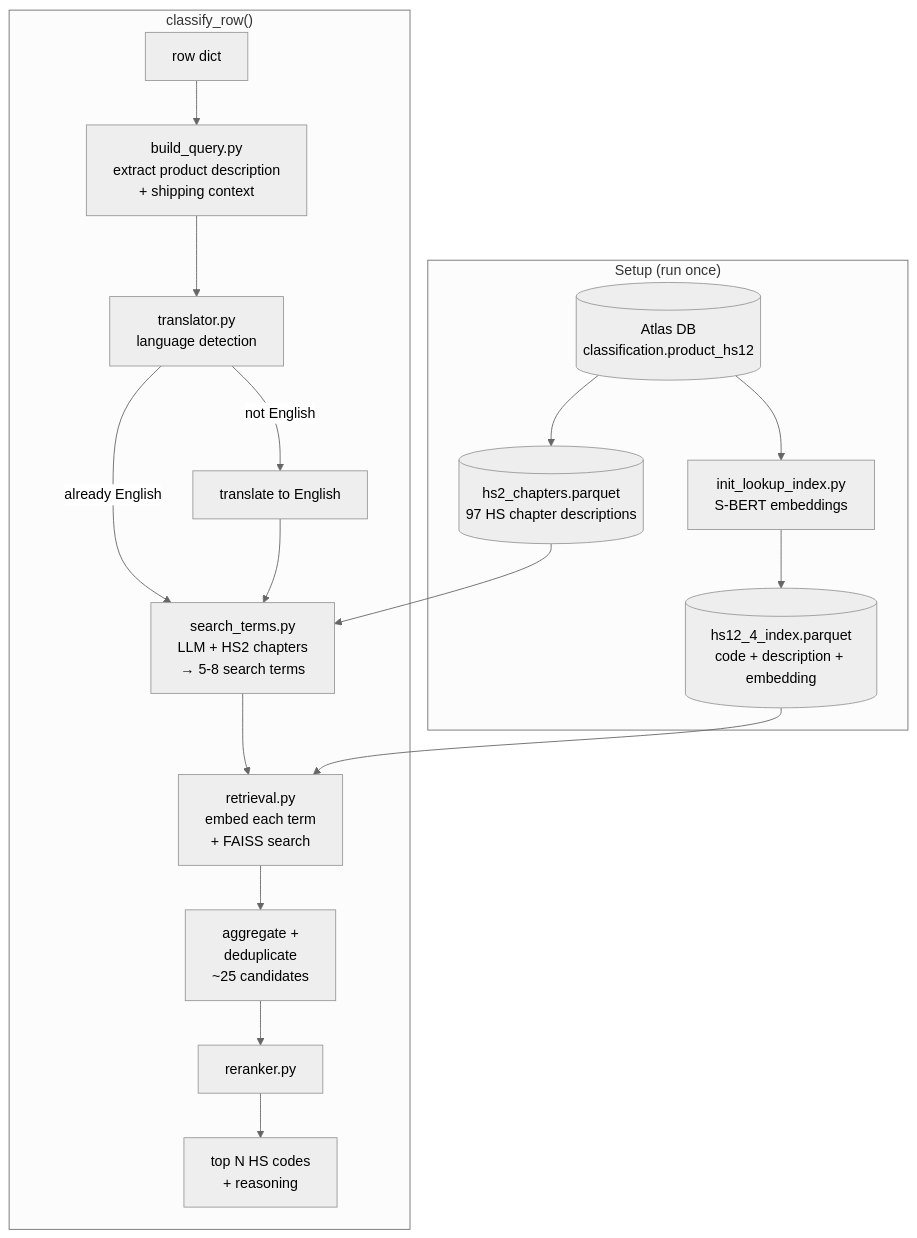
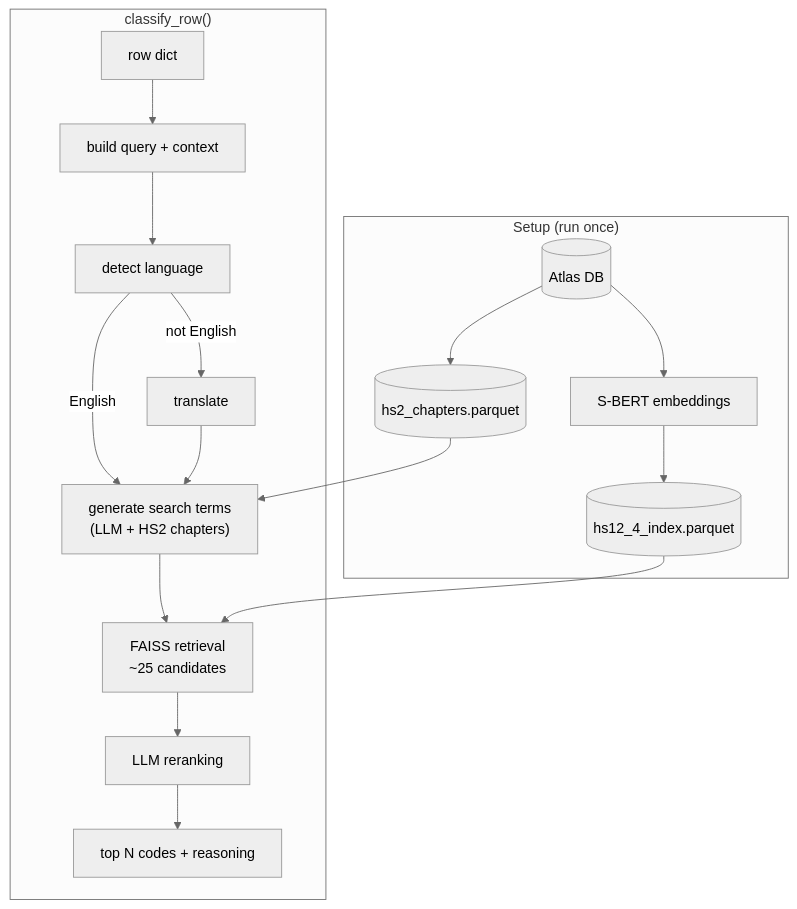
One commit to harvard-growth-lab/hscode-mapping changed the first of 2 diagrams in README.md. Above: the diagram before and after it, drawn with Mermaid (neutral theme). The commit also changed other lines of this file, not shown here.

````diff
--- a/README.md
+++ b/README.md
@@ -228,25 +59,21 @@
 ```mermaid
 flowchart TD
     subgraph setup ["Setup (run once)"]
-        DB[("Atlas DB\nclassification.product_hs12")]
-        EMB["init_lookup_index.py\nS-BERT embeddings"]
-        IDX[("hs12_4_index.parquet\ncode + description + embedding")]
-        CH[("hs2_chapters.parquet\n97 HS chapter descriptions")]
-        DB --> EMB --> IDX
-        DB --> CH
+        DB[("Atlas DB")] --> EMB["S-BERT embeddings"]
+        EMB --> IDX[("hs12_4_index.parquet")]
+        DB --> CH[("hs2_chapters.parquet")]
     end
 
     subgraph classify ["classify_row()"]
-        A["row dict"] --> BQ["build_query.py\nextract product description\n+ shipping context"]
-        BQ --> T["translator.py\nlanguage detection"]
-        T -->|not English| TR["translate to English"]
-        T -->|already English| ST
-        TR --> ST["search_terms.py\nLLM + HS2 chapters\n→ 5-8 search terms"]
+        A["row dict"] --> BQ["build query + context"]
+        BQ --> T["detect language"]
+        T -->|not English| TR["translate"]
+        T -->|English| ST
+        TR --> ST["generate search terms\n(LLM + HS2 chapters)"]
         CH --> ST
-        ST --> R["retrieval.py\nembed each term\n+ FAISS search"]
+        ST --> R["FAISS retrieval\n~25 candidates"]
         IDX --> R
-        R --> AGG["aggregate +\ndeduplicate\n~25 candidates"]
-        AGG --> RR["reranker.py"]
-        RR --> OUT["top N HS codes\n+ reasoning"]
+        R --> RR["LLM reranking"]
+        RR --> OUT["top N codes + reasoning"]
     end
 ```
````
